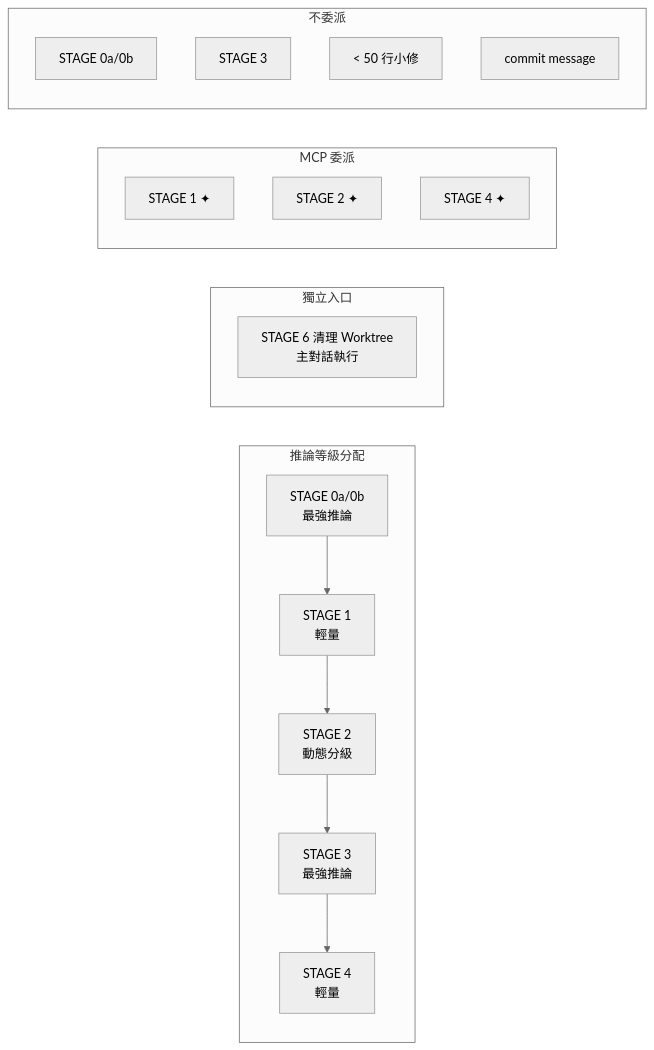
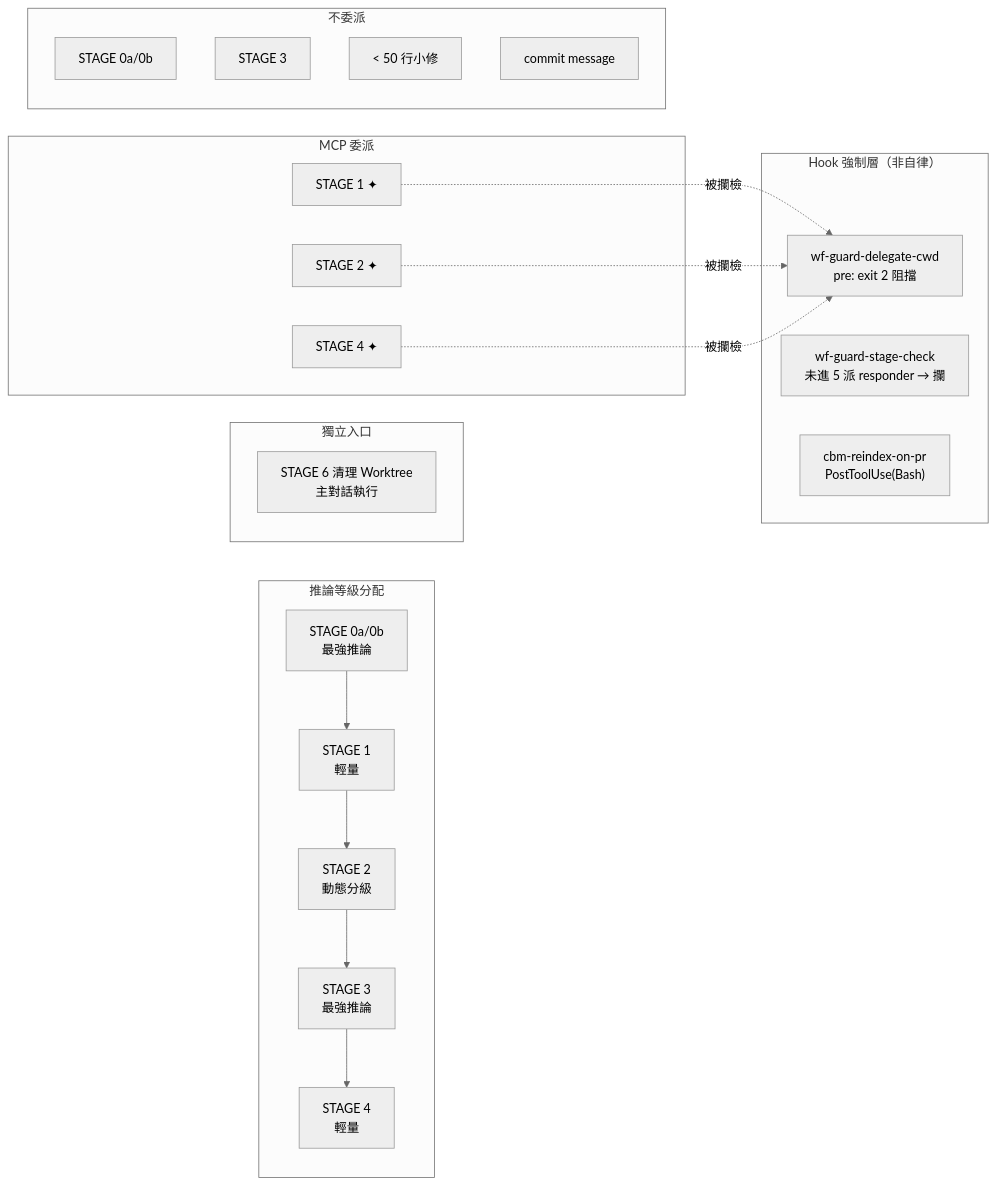
Before and after one commit to Yomiamy/Finding-Restaurant-Flutter: the diagram in flutter_restaruant/flutter_restaruant/docs/architecture/2026-08-12-gen-dev-workflow-analysis.md, drawn with Mermaid (neutral theme). The commit also changed other lines of this file and 2 other files, not shown here.

````diff
--- a/flutter_restaruant/flutter_restaruant/docs/architecture/2026-08-12-gen-dev-workflow-analysis.md
+++ b/flutter_restaruant/flutter_restaruant/docs/architecture/2026-08-12-gen-dev-workflow-analysis.md
@@ -252,26 +294,36 @@
 ```mermaid
 graph LR
     subgraph "推論等級分配"
         A["STAGE 0a/0b<br/>最強推論"] --> B["STAGE 1<br/>輕量"]
         B --> C["STAGE 2<br/>動態分級"]
         C --> D["STAGE 3<br/>最強推論"]
         D --> E["STAGE 4<br/>輕量"]
     end
 
     subgraph "獨立入口"
         E6["STAGE 6 清理 Worktree<br/>主對話執行"]
     end
 
     subgraph "MCP 委派"
         B2["STAGE 1 ✦"] 
         C2["STAGE 2 ✦"]
         E2["STAGE 4 ✦"]
     end
 
     subgraph "不委派"
         A2["STAGE 0a/0b"]
         D2["STAGE 3"]
         F2["< 50 行小修"]
         G2["commit message"]
     end
+
+    subgraph "Hook 強制層（非自律）"
+        H1["wf-guard-delegate-cwd<br/>pre: exit 2 阻擋"]
+        H2["wf-guard-stage-check<br/>未進 5 派 responder → 攔"]
+        H3["cbm-reindex-on-pr<br/>PostToolUse(Bash)"]
+    end
+
+    B2 -.被攔檢.-> H1
+    C2 -.被攔檢.-> H1
+    E2 -.被攔檢.-> H1
 ```
````
